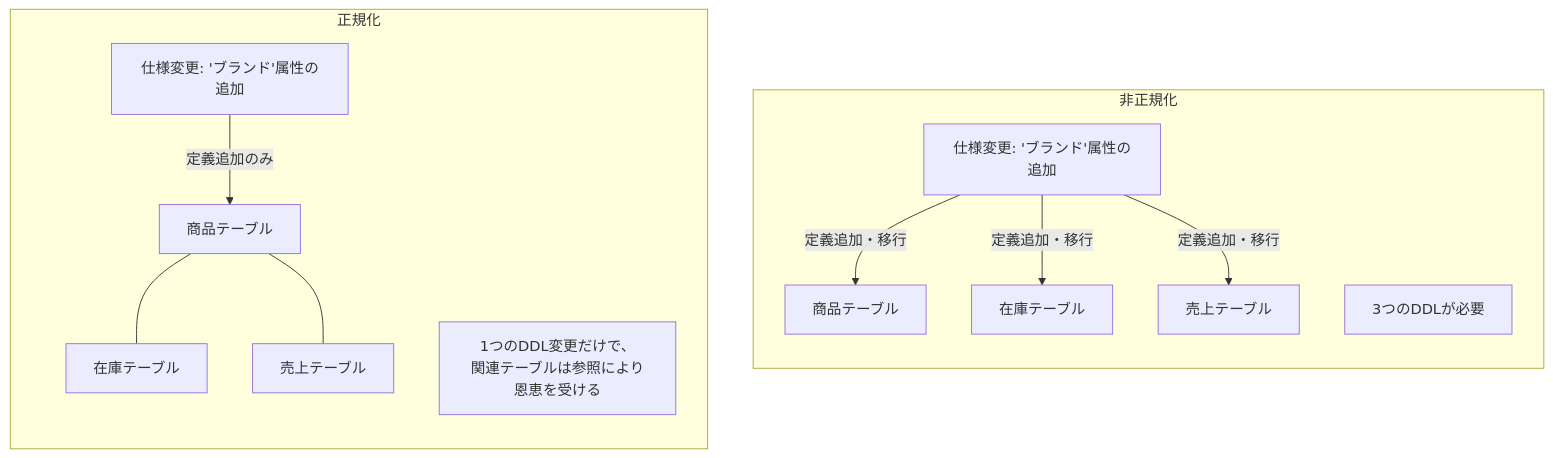
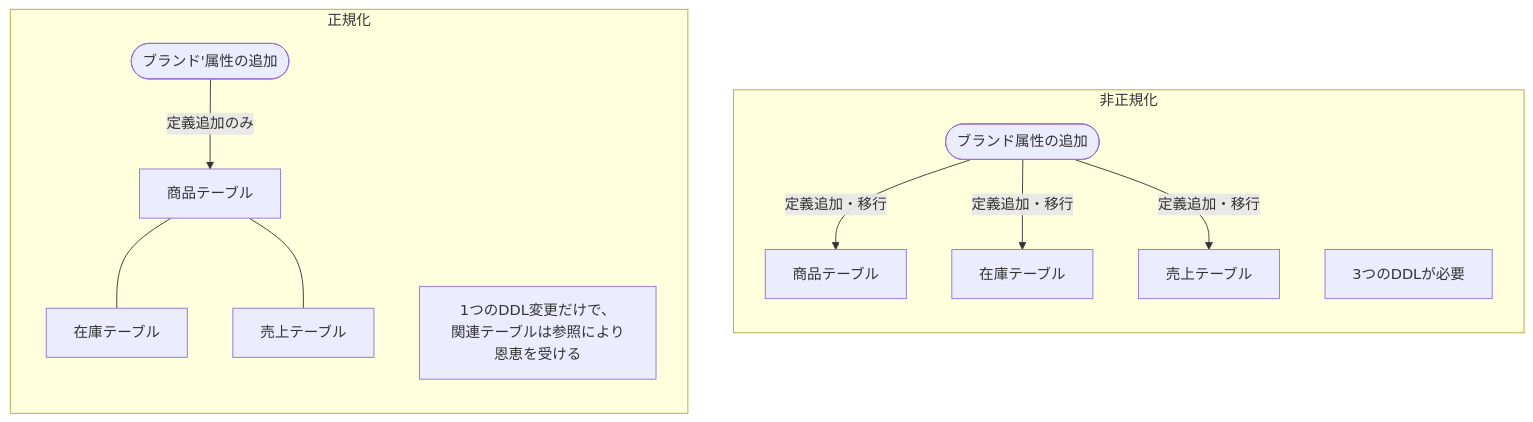
One commit to future-architect/arch-guidelines changed the third of 5 diagrams in documents/forPrinciple/principle_guidelines.md. Above: the diagram before and after it, drawn with Mermaid. The commit also changed other lines of this file, not shown here.

````diff
--- a/documents/forPrinciple/principle_guidelines.md
+++ b/documents/forPrinciple/principle_guidelines.md
@@ -474,20 +486,20 @@
 ```mermaid
 graph TD
 subgraph "非正規化"
 	direction TB
-	Spec1[仕様変更: 'ブランド'属性の追加]
+	Spec1([ブランド属性の追加])
 	Spec1 -- "定義追加・移行" --> T1[商品テーブル]
 	Spec1 -- "定義追加・移行" --> T2[在庫テーブル]
 	Spec1 -- "定義追加・移行" --> T3[売上テーブル]
 	Note1[3つのDDLが必要]
 end
 
 subgraph "正規化"
 	direction TB
-	Spec2[仕様変更: 'ブランド'属性の追加]
+	Spec2([ブランド'属性の追加])
 	Spec2 -- "定義追加のみ" --> P[商品テーブル]
 	P --- Inv[在庫テーブル]
 	P --- Sal[売上テーブル]
 	Note2[1つのDDL変更だけで、<br/>関連テーブルは参照により恩恵を受ける]
 end
 ```
````
